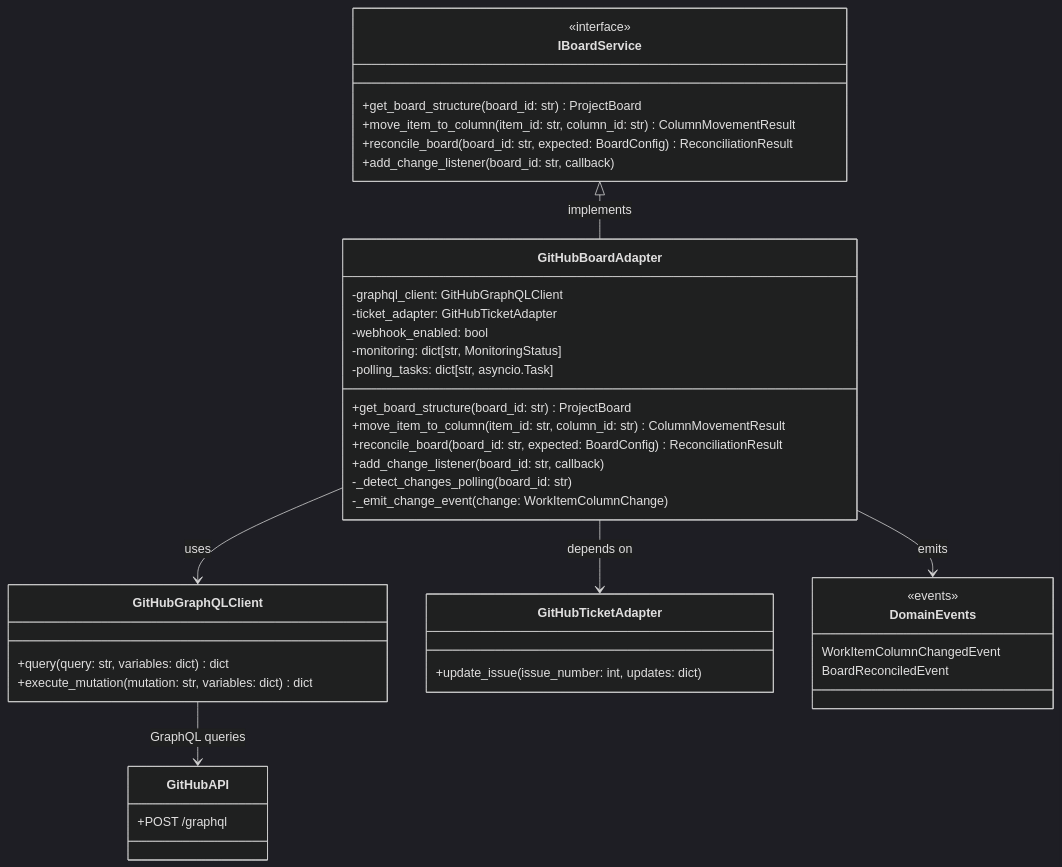
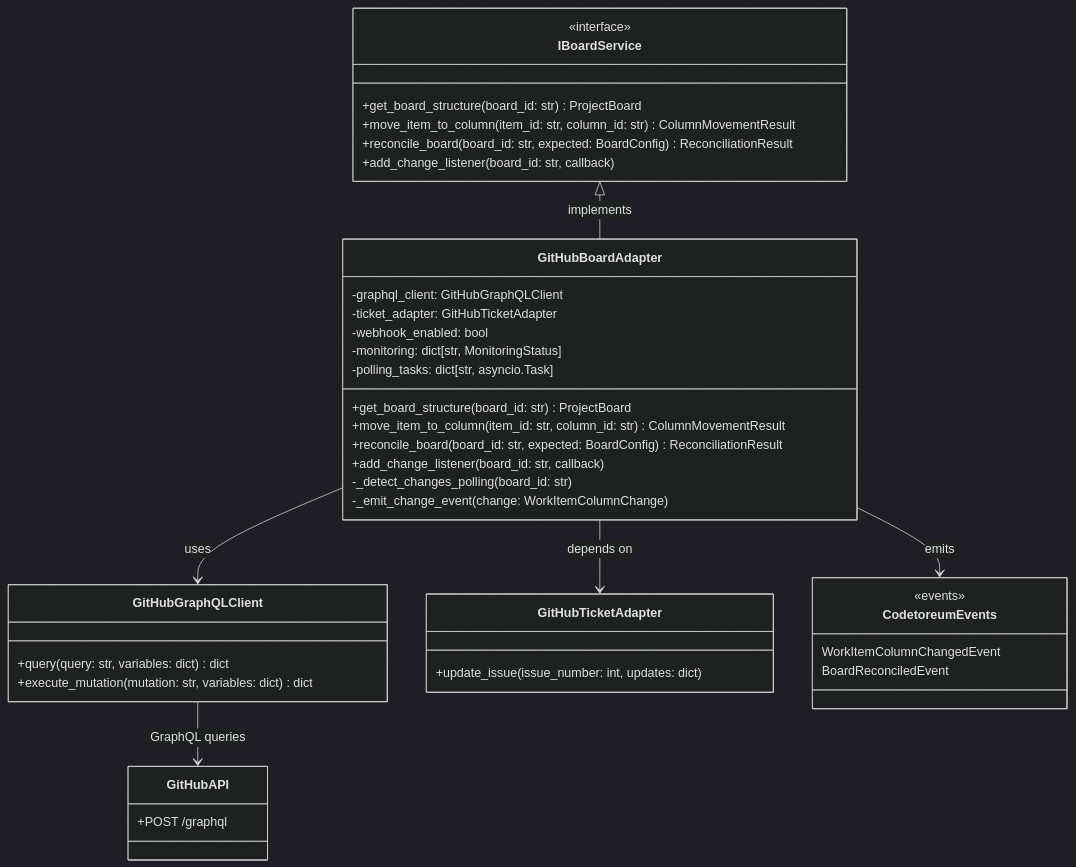
One commit to tinkermonkey/codetoreum changed the diagram in documentation/architecture/adapters/production/github-board-adapter.md. Above: the diagram before and after it, drawn with Mermaid (dark theme). The commit also changed 71 other files, not shown here.

First line of the commit message:
[Feature] Ensure all legacy events have been fully updated to Codetoreum events (#832)

````diff
--- a/documentation/architecture/adapters/production/github-board-adapter.md
+++ b/documentation/architecture/adapters/production/github-board-adapter.md
@@ -265,49 +265,49 @@
 ```mermaid
 classDiagram
     class IBoardService {
         <<interface>>
         +get_board_structure(board_id: str) ProjectBoard
         +move_item_to_column(item_id: str, column_id: str) ColumnMovementResult
         +reconcile_board(board_id: str, expected: BoardConfig) ReconciliationResult
         +add_change_listener(board_id: str, callback)
     }
 
     class GitHubBoardAdapter {
         -graphql_client: GitHubGraphQLClient
         -ticket_adapter: GitHubTicketAdapter
         -webhook_enabled: bool
         -monitoring: dict[str, MonitoringStatus]
         -polling_tasks: dict[str, asyncio.Task]
         +get_board_structure(board_id: str) ProjectBoard
         +move_item_to_column(item_id: str, column_id: str) ColumnMovementResult
         +reconcile_board(board_id: str, expected: BoardConfig) ReconciliationResult
         +add_change_listener(board_id: str, callback)
         -_detect_changes_polling(board_id: str)
         -_emit_change_event(change: WorkItemColumnChange)
     }
 
     class GitHubGraphQLClient {
         +query(query: str, variables: dict) dict
         +execute_mutation(mutation: str, variables: dict) dict
     }
 
     class GitHubTicketAdapter {
         +update_issue(issue_number: int, updates: dict)
     }
 
     class GitHubAPI {
         +POST /graphql
     }
 
-    class DomainEvents {
+    class CodetoreumEvents {
         <<events>>
         WorkItemColumnChangedEvent
         BoardReconciledEvent
     }
 
     IBoardService <|-- GitHubBoardAdapter: implements
     GitHubBoardAdapter --> GitHubGraphQLClient: uses
     GitHubBoardAdapter --> GitHubTicketAdapter: depends on
     GitHubGraphQLClient --> GitHubAPI: GraphQL queries
-    GitHubBoardAdapter --> DomainEvents: emits
+    GitHubBoardAdapter --> CodetoreumEvents: emits
 ```
````
